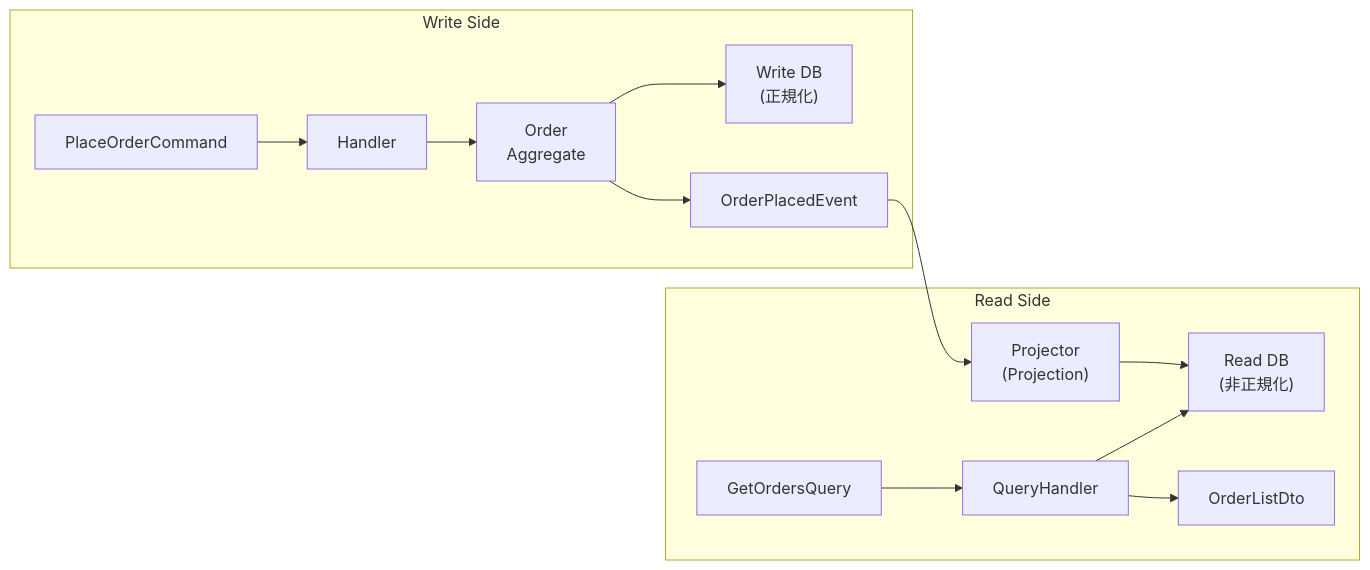
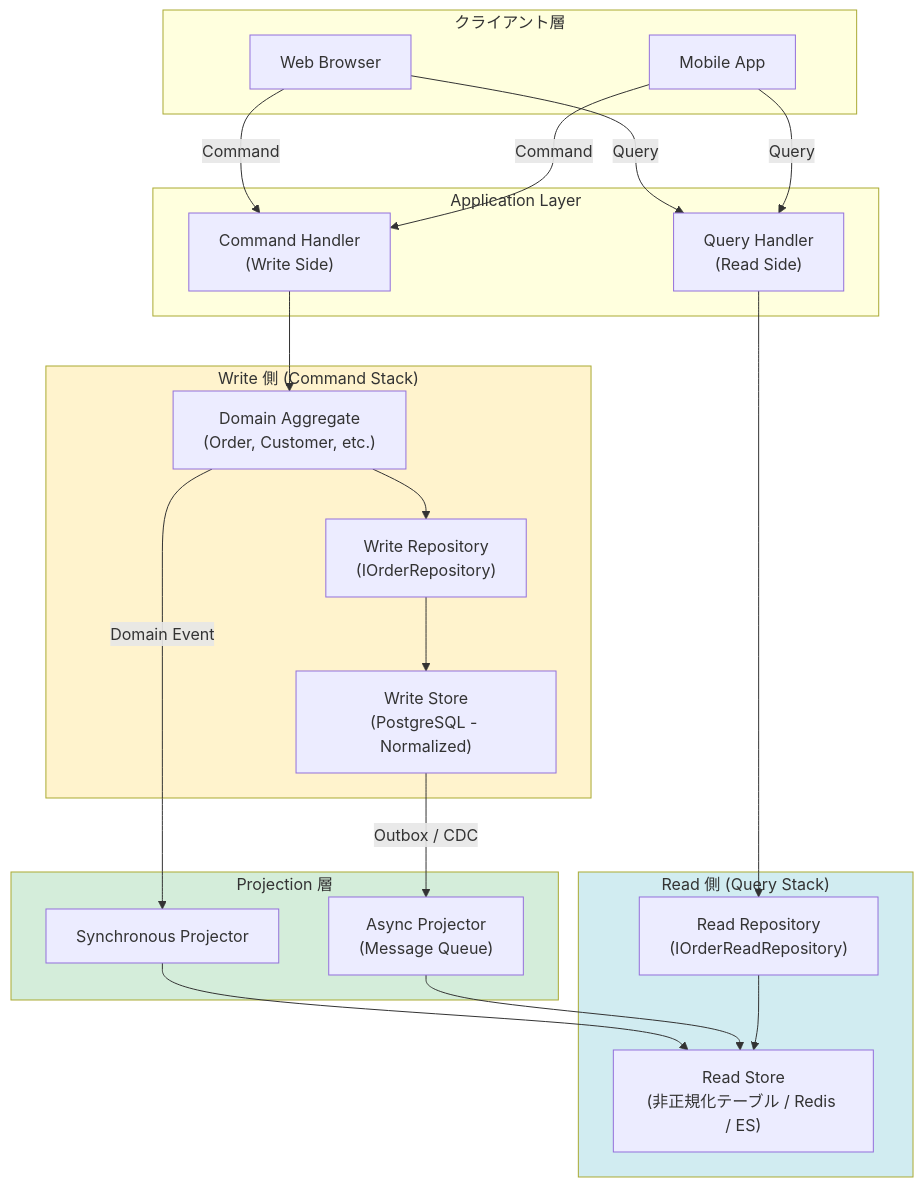
One commit to SakakitaniJunya/zenn-articles changed the first of 4 diagrams in books/ddd-complete-guide/23-read-model-design.md. Above: the diagram before and after it, drawn with Mermaid. The commit also changed other lines of this file and 26 other files, not shown here.

````diff
--- a/books/ddd-complete-guide/23-read-model-design.md
+++ b/books/ddd-complete-guide/23-read-model-design.md
@@ -50,17 +272,48 @@
 ```mermaid
-flowchart LR
-    subgraph WriteModel["Write Side"]
-        CMD["PlaceOrderCommand"] --> H["Handler"]
-        H --> A["Order\nAggregate"]
-        A --> WDB["Write DB\n(正規化)"]
-        A --> EV["OrderPlacedEvent"]
+flowchart TB
+    subgraph CLIENT["クライアント層"]
+        WEB["Web Browser"]
+        APP["Mobile App"]
     end
 
-    subgraph ReadModel["Read Side"]
-        EV --> PROJ["Projector\n(Projection)"]
-        PROJ --> RDB["Read DB\n(非正規化)"]
-        Q["GetOrdersQuery"] --> QH["QueryHandler"]
-        QH --> RDB
-        QH --> DTO["OrderListDto"]
+    subgraph API["Application Layer"]
+        CMD["Command Handler\n(Write Side)"]
+        QRY["Query Handler\n(Read Side)"]
     end
+
+    subgraph WRITE["Write 側 (Command Stack)"]
+        AGG["Domain Aggregate\n(Order, Customer, etc.)"]
+        WR["Write Repository\n(IOrderRepository)"]
+        WSTORE["Write Store\n(PostgreSQL - Normalized)"]
+    end
+
+    subgraph PROJ["Projection 層"]
+        SYNC["Synchronous Projector"]
+        ASYNC["Async Projector\n(Message Queue)"]
+    end
+
+    subgraph READ["Read 側 (Query Stack)"]
+        RR["Read Repository\n(IOrderReadRepository)"]
+        RSTORE["Read Store\n(非正規化テーブル / Redis / ES)"]
+    end
+
+    WEB -->|Command| CMD
+    WEB -->|Query| QRY
+    APP -->|Command| CMD
+    APP -->|Query| QRY
+
+    CMD --> AGG
+    AGG --> WR
+    WR --> WSTORE
+    AGG -->|Domain Event| SYNC
+    SYNC --> RSTORE
+    WSTORE -->|Outbox / CDC| ASYNC
+    ASYNC --> RSTORE
+
+    QRY --> RR
+    RR --> RSTORE
+
+    style WRITE fill:#fff3cd
+    style READ fill:#d1ecf1
+    style PROJ fill:#d4edda
 ```
````
